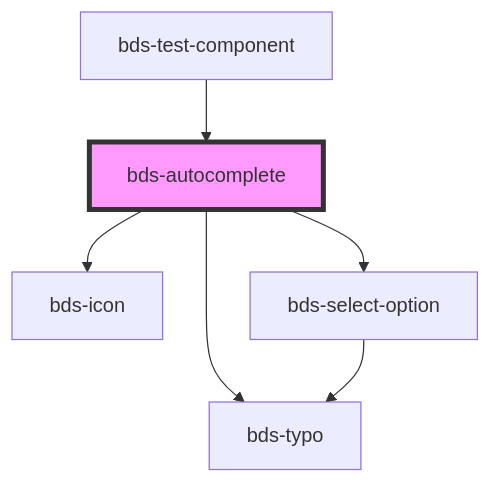
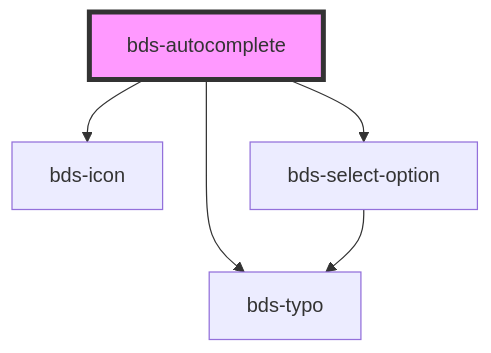
One commit to takenet/blip-ds changed the diagram in src/components/autocomplete/readme.md. Above: the diagram before and after it, drawn with Mermaid. The commit also changed other lines of this file and 40 other files, not shown here.

Commit message:
feat(test-components): remove components example from test component

````diff
--- a/src/components/autocomplete/readme.md
+++ b/src/components/autocomplete/readme.md
@@ -51,9 +47,8 @@
 ```mermaid
 graph TD;
   bds-autocomplete --> bds-icon
   bds-autocomplete --> bds-typo
   bds-autocomplete --> bds-select-option
   bds-select-option --> bds-typo
-  bds-test-component --> bds-autocomplete
   style bds-autocomplete fill:#f9f,stroke:#333,stroke-width:4px
 ```
````
